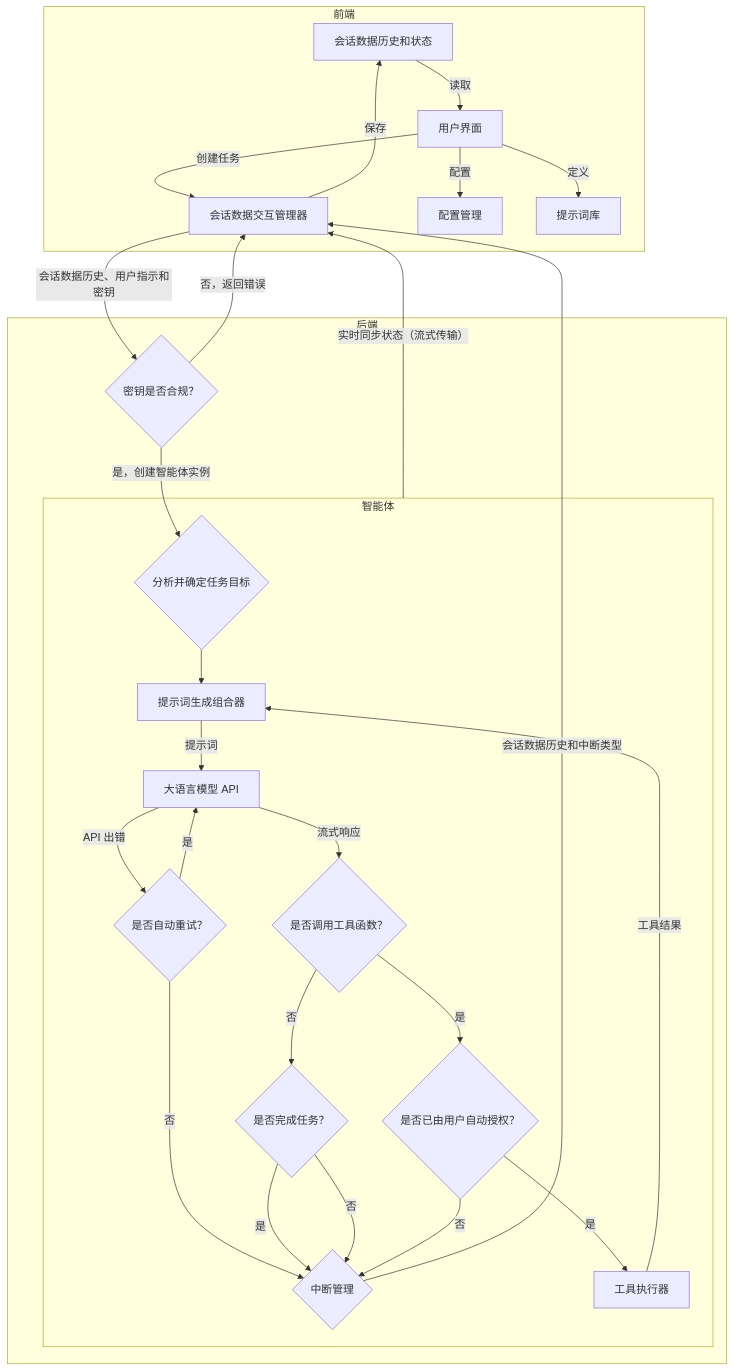
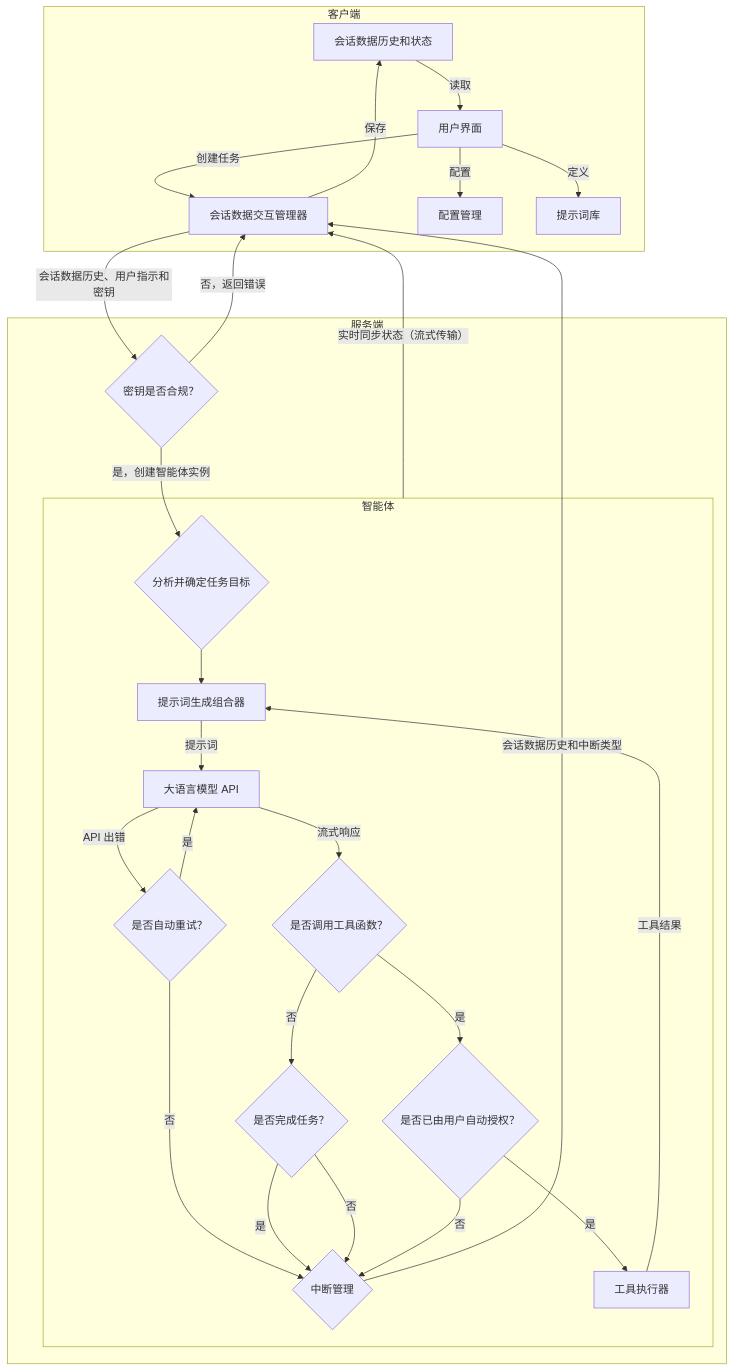
One commit to byte-tea/yaa changed the second of 2 diagrams in docs/README.md. Above: the diagram before and after it, drawn with Mermaid. The commit also changed other lines of this file, not shown here.

First line of the commit message:
【文档】更新架构图描述

````diff
--- a/docs/README.md
+++ b/docs/README.md
@@ -50,35 +50,35 @@
 ```mermaid
 %% yaa 智能体框架架构图
 flowchart TD
-    subgraph Client[前端]
+    subgraph Client[客户端]
         HIST[会话数据历史和状态] --> |读取| FE[用户界面]
         FE --> |创建任务| SESSIONER[会话数据交互管理器]
         SESSIONER --> |保存| HIST[会话数据历史和状态]
         FE --> |配置| CFG[配置管理]
         FE --> |定义| PROMPT[提示词库]
     end
 
-    subgraph Server[后端]
+    subgraph Server[服务端]
         SESSIONER --> |会话数据历史、用户指示和密钥| AUTH{密钥是否合规？}
         AUTH --> |是，创建智能体实例| TASK{分析并确定任务目标}
         AUTH --> |否，返回错误| SESSIONER
         AUTO_RETRY --> |否| BREAKER
         BREAKER --> |会话数据历史和中断类型| SESSIONER
         AGENT --> |实时同步状态（流式传输）| SESSIONER
 
         subgraph AGENT[智能体]
             TASK --> PROMPT_GEN[提示词生成组合器]
             PROMPT_GEN -->|提示词| API_SERVICE[大语言模型 API]
             API_SERVICE --> |API 出错| AUTO_RETRY{是否自动重试？}
             AUTO_RETRY --> |是| API_SERVICE
             API_SERVICE -->|流式响应| TOOL_DETECTOR{是否调用工具函数？}
             TOOL_DETECTOR -->|是| APPROVE{是否已由用户自动授权？}
             TOOL_DETECTOR --> |否| FINISH_DETECTOR{是否完成任务？}
             FINISH_DETECTOR --> |是| BREAKER{中断管理}
             FINISH_DETECTOR --> |否| BREAKER{中断管理}
             APPROVE --> |是| TOOL_EXEC[工具执行器]
             APPROVE --> |否| BREAKER
             TOOL_EXEC -->|工具结果| PROMPT_GEN
         end
     end
 ```
````
